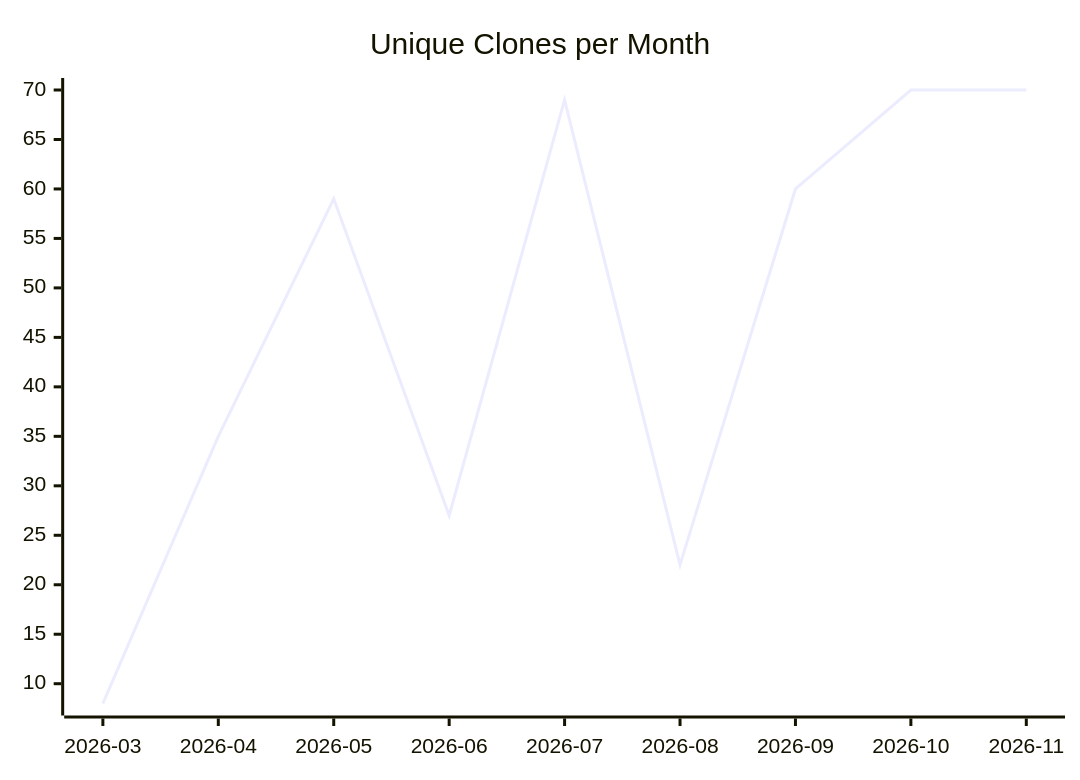
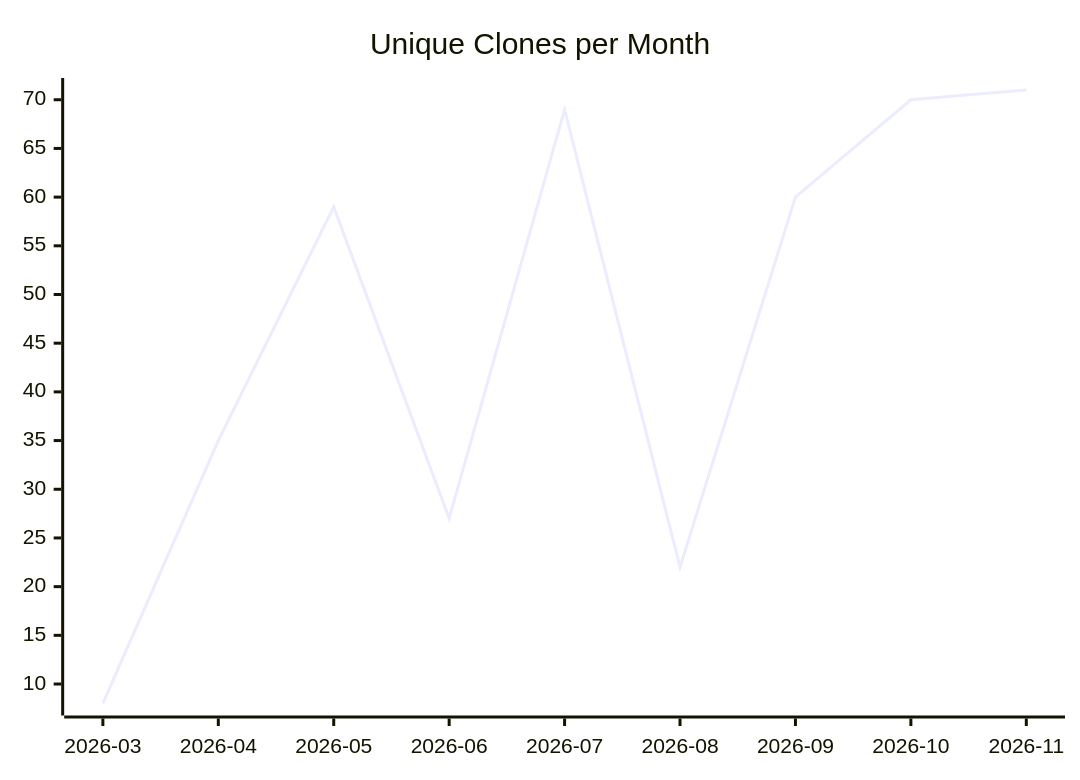
One commit to justdavis-family/github-analytics-data changed the third of 3 diagrams in karlmdavis/fhir-benchmarks/README.md. Above: the diagram before and after it, drawn with Mermaid. The commit also changed other lines of this file and 193 other files, not shown here.

````diff
--- a/karlmdavis/fhir-benchmarks/README.md
+++ b/karlmdavis/fhir-benchmarks/README.md
@@ -19,6 +19,6 @@
 ```mermaid
 xychart-beta
   title "Unique Clones per Month"
   x-axis ["2026-03", "2026-04", "2026-05", "2026-06", "2026-07", "2026-08", "2026-09", "2026-10", "2026-11"]
-  line [8, 35, 59, 27, 69, 22, 60, 70, 70]
+  line [8, 35, 59, 27, 69, 22, 60, 70, 71]
 ```
````
